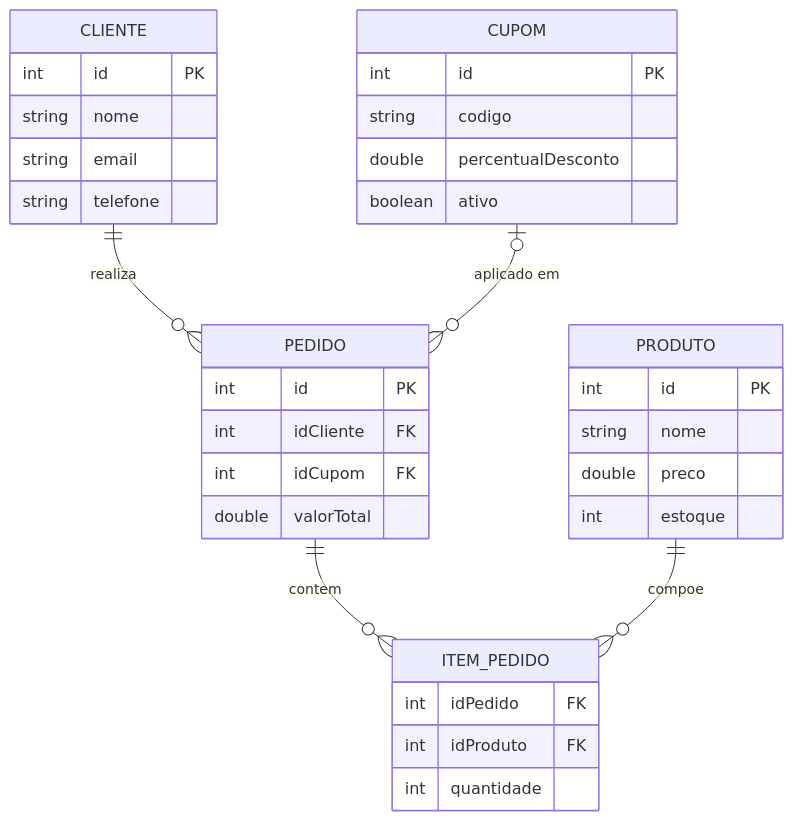
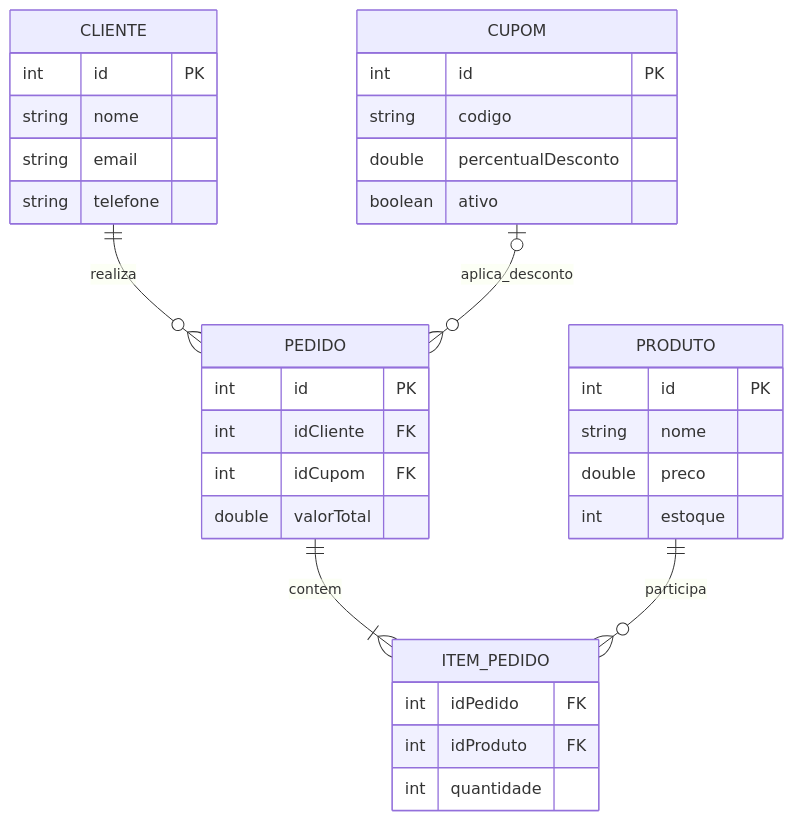
The diagram in docs/DER.md (lucaszanfa/Tp-Aedes3), drawn with Mermaid before and after one commit. The commit also changed other lines of this file and 10 other files, not shown here.

````diff
--- a/docs/DER.md
+++ b/docs/DER.md
@@ -23,41 +47,41 @@
 ```mermaid
 erDiagram
     CLIENTE ||--o{ PEDIDO : realiza
-    PEDIDO ||--o{ ITEM_PEDIDO : contem
-    PRODUTO ||--o{ ITEM_PEDIDO : compoe
-    CUPOM o|--o{ PEDIDO : "aplicado em"
+    PEDIDO ||--|{ ITEM_PEDIDO : contem
+    PRODUTO ||--o{ ITEM_PEDIDO : participa
+    CUPOM o|--o{ PEDIDO : aplica_desconto
 
     CLIENTE {
         int id PK
         string nome
         string email
         string telefone
     }
 
     PRODUTO {
         int id PK
         string nome
         double preco
         int estoque
     }
 
     CUPOM {
         int id PK
         string codigo
         double percentualDesconto
         boolean ativo
     }
 
     PEDIDO {
         int id PK
         int idCliente FK
         int idCupom FK
         double valorTotal
     }
 
     ITEM_PEDIDO {
         int idPedido FK
         int idProduto FK
         int quantidade
     }
 ```
````
